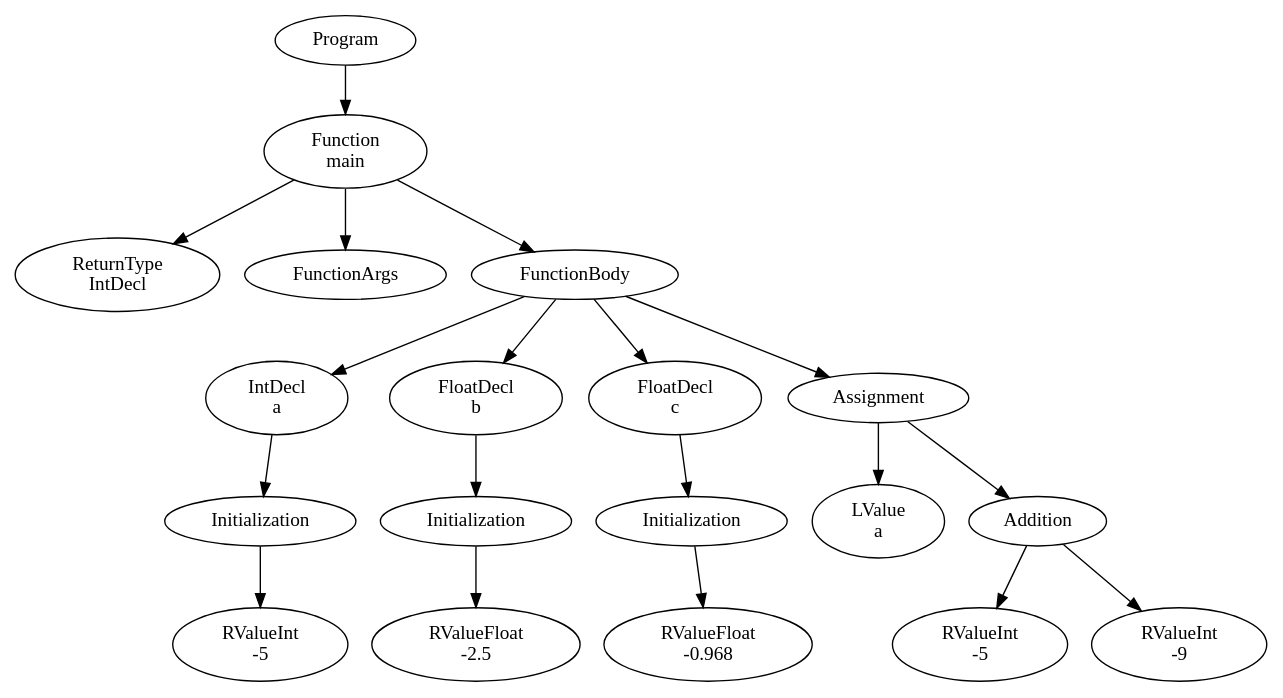
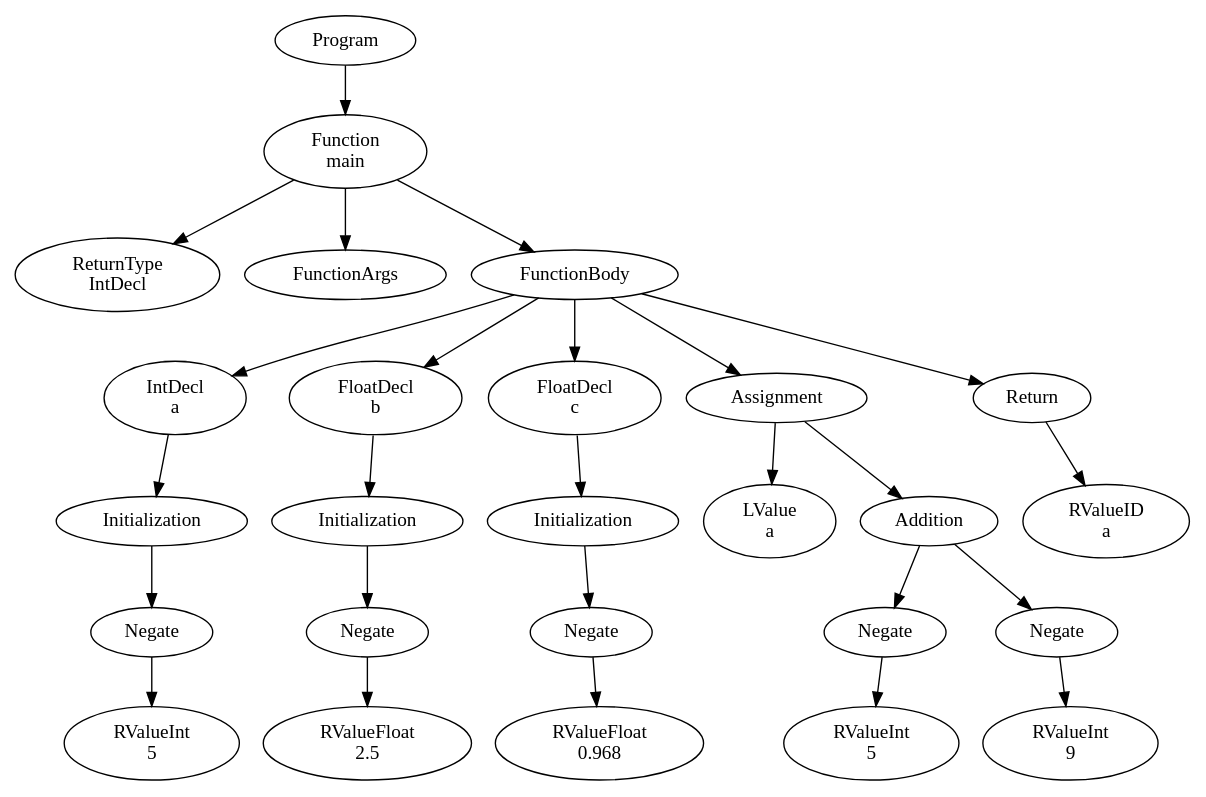
One commit to FedericoQuin/Compilers changed the diagram in official/res/solutions/minus_values.dot. Above: the diagram before and after it, drawn with Graphviz. The commit also changed 9 other files, not shown here.

Commit message:
Assignment seperated from expressions, negative values moved to rvalue

```diff
--- a/official/res/solutions/minus_values.dot
+++ b/official/res/solutions/minus_values.dot
@@ -1,39 +1,53 @@
 digraph AST {
 1 [label="Program"];
 2 [label="Function \nmain"];
 3 [label="ReturnType \nIntDecl"];
 4 [label="FunctionArgs"];
 5 [label="FunctionBody"];
 6 [label="IntDecl \na"];
 7 [label="Initialization"];
-8 [label="RValueInt \n-5"];
+8 [label="Negate"];
+9 [label="RValueInt \n5"];
+8 -> 9;
 7 -> 8;
 6 -> 7;
-9 [label="FloatDecl \nb"];
-10 [label="Initialization"];
-11 [label="RValueFloat \n-2.5"];
+10 [label="FloatDecl \nb"];
+11 [label="Initialization"];
+12 [label="Negate"];
+13 [label="RValueFloat \n2.5"];
+12 -> 13;
+11 -> 12;
 10 -> 11;
-9 -> 10;
-12 [label="FloatDecl \nc"];
-13 [label="Initialization"];
-14 [label="RValueFloat \n-0.968"];
-13 -> 14;
-12 -> 13;
-15 [label="Assignment"];
-16 [label="LValue \na"];
-17 [label="Addition"];
-18 [label="RValueInt \n-5"];
-19 [label="RValueInt \n-9"];
-17 -> 18;
-17 -> 19;
+14 [label="FloatDecl \nc"];
+15 [label="Initialization"];
+16 [label="Negate"];
+17 [label="RValueFloat \n0.968"];
+16 -> 17;
 15 -> 16;
-15 -> 17;
+14 -> 15;
+18 [label="Assignment"];
+19 [label="LValue \na"];
+20 [label="Addition"];
+21 [label="Negate"];
+22 [label="RValueInt \n5"];
+21 -> 22;
+23 [label="Negate"];
+24 [label="RValueInt \n9"];
+23 -> 24;
+20 -> 21;
+20 -> 23;
+18 -> 19;
+18 -> 20;
+25 [label="Return"];
+26 [label="RValueID \na"];
+25 -> 26;
 5 -> 6;
-5 -> 9;
-5 -> 12;
-5 -> 15;
+5 -> 10;
+5 -> 14;
+5 -> 18;
+5 -> 25;
 2 -> 3;
 2 -> 4;
 2 -> 5;
 1 -> 2;
 }
```
